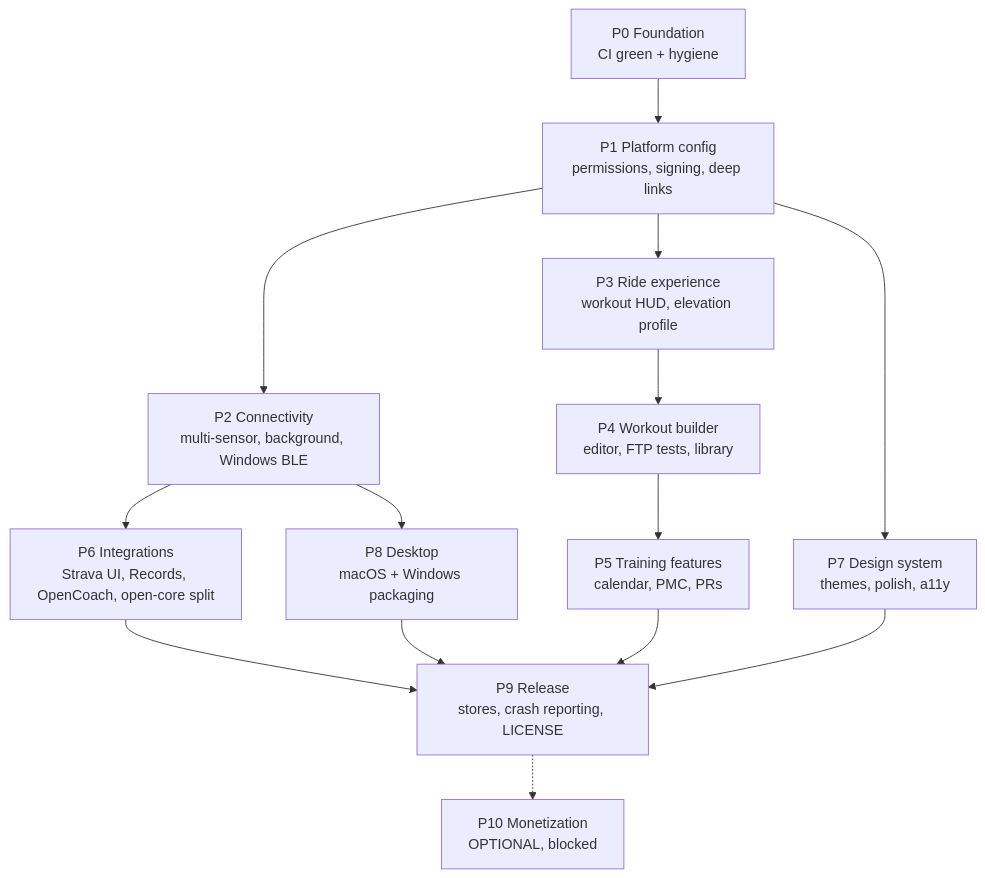
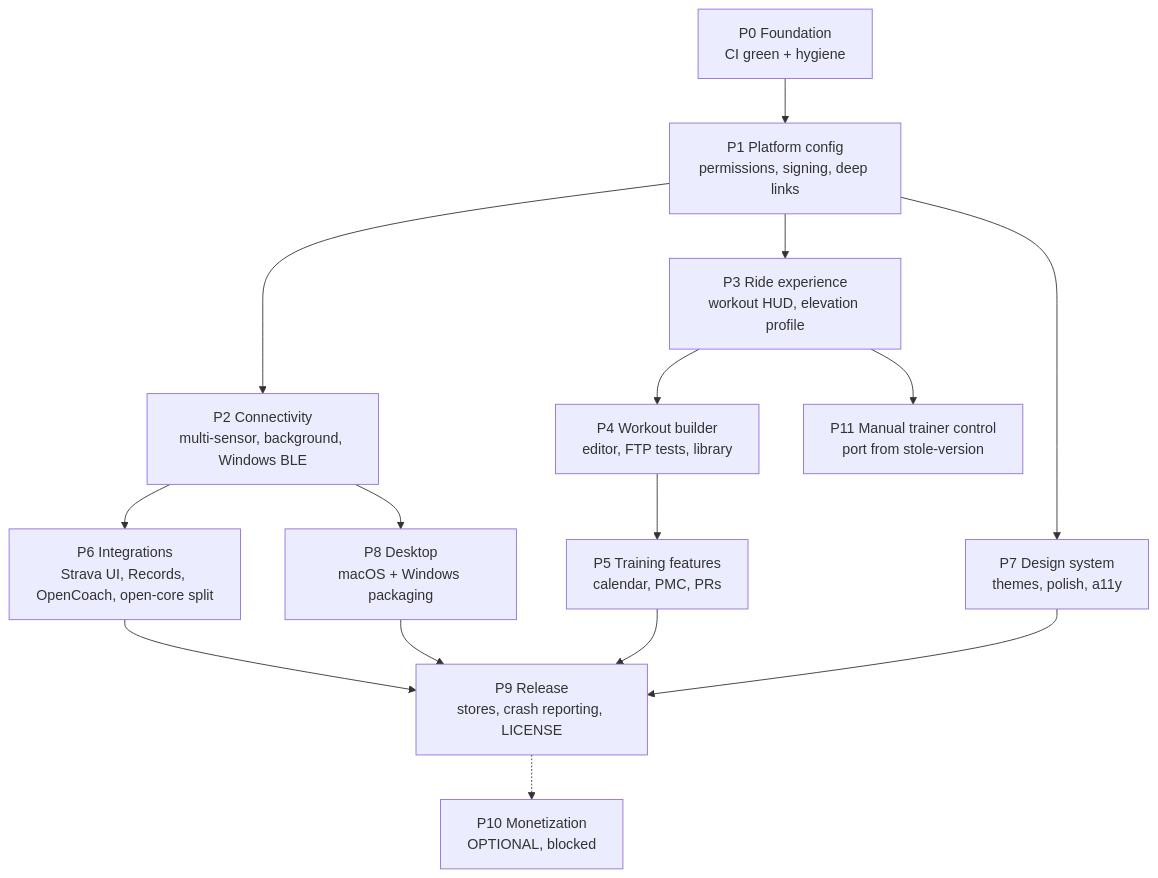
The diagram in docs/roadmap/README.md (HugoLeBoennec/OpenBike), drawn with Mermaid before and after one commit. The commit also changed other lines of this file and 1 other file, not shown here.

Commit message:
Add P11 work order: port manual trainer control from stole-version
Guided port of TrainerModeController, in-ride ERG/resistance/SIM-difficulty
controls, FTMS capability parser, and TCX file export plugin onto current
main. The stole-version branch is based on the pre-roadmap commit and cannot
be merged directly.

Claude-Session: https://claude.ai/code/session_01PvPTmtZ2NN1xkq8D48KfTd

````diff
--- a/docs/roadmap/README.md
+++ b/docs/roadmap/README.md
@@ -52,16 +52,17 @@
 ```mermaid
 graph TD
     P0[P0 Foundation<br/>CI green + hygiene] --> P1[P1 Platform config<br/>permissions, signing, deep links]
     P1 --> P2[P2 Connectivity<br/>multi-sensor, background, Windows BLE]
     P1 --> P3[P3 Ride experience<br/>workout HUD, elevation profile]
     P1 --> P7[P7 Design system<br/>themes, polish, a11y]
     P3 --> P4[P4 Workout builder<br/>editor, FTP tests, library]
     P4 --> P5[P5 Training features<br/>calendar, PMC, PRs]
     P2 --> P6[P6 Integrations<br/>Strava UI, Records, OpenCoach, open-core split]
     P2 --> P8[P8 Desktop<br/>macOS + Windows packaging]
     P5 --> P9[P9 Release<br/>stores, crash reporting, LICENSE]
     P6 --> P9
     P7 --> P9
     P8 --> P9
     P9 -.-> P10[P10 Monetization<br/>OPTIONAL, blocked]
+    P3 --> P11[P11 Manual trainer control<br/>port from stole-version]
 ```
````
